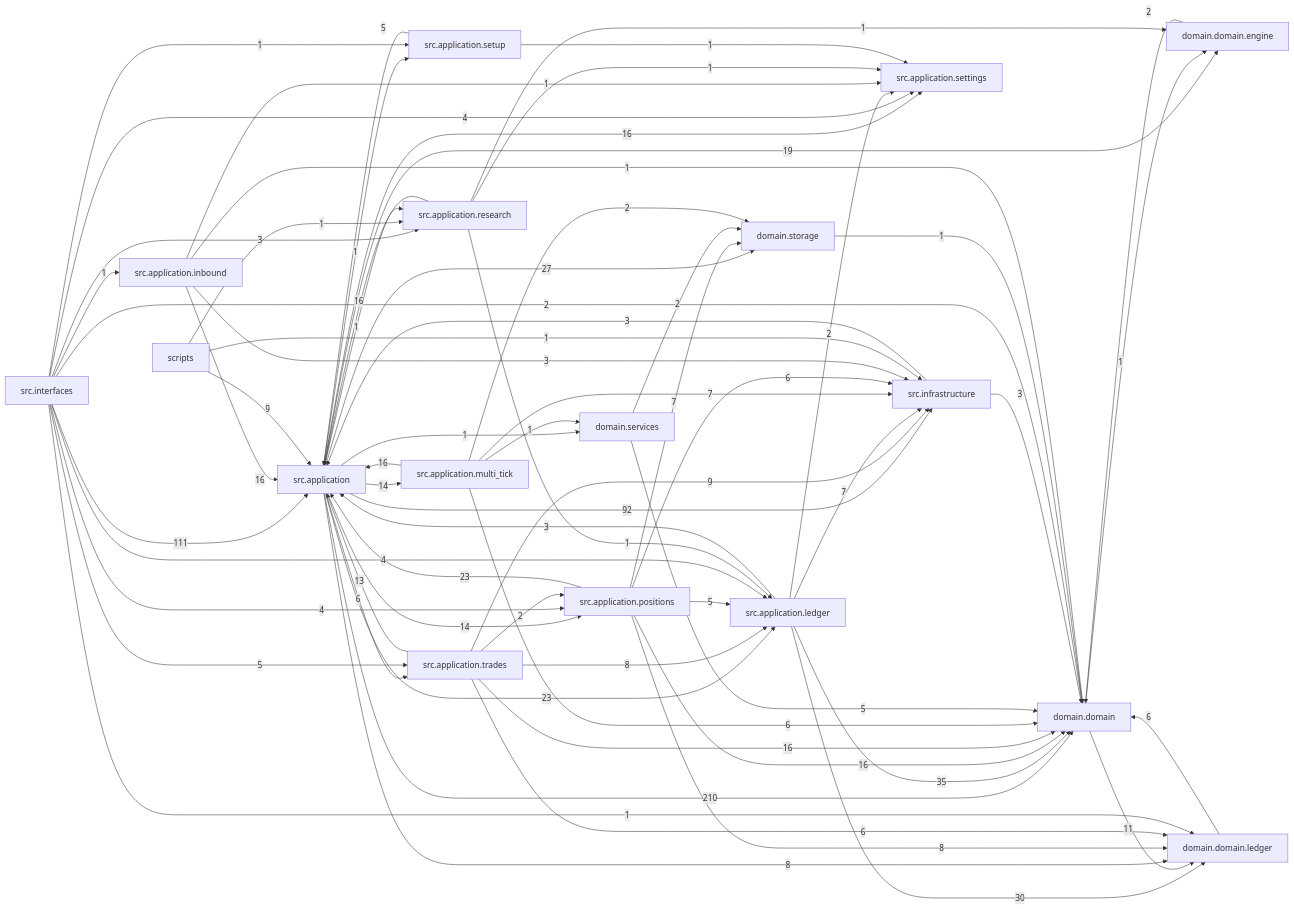
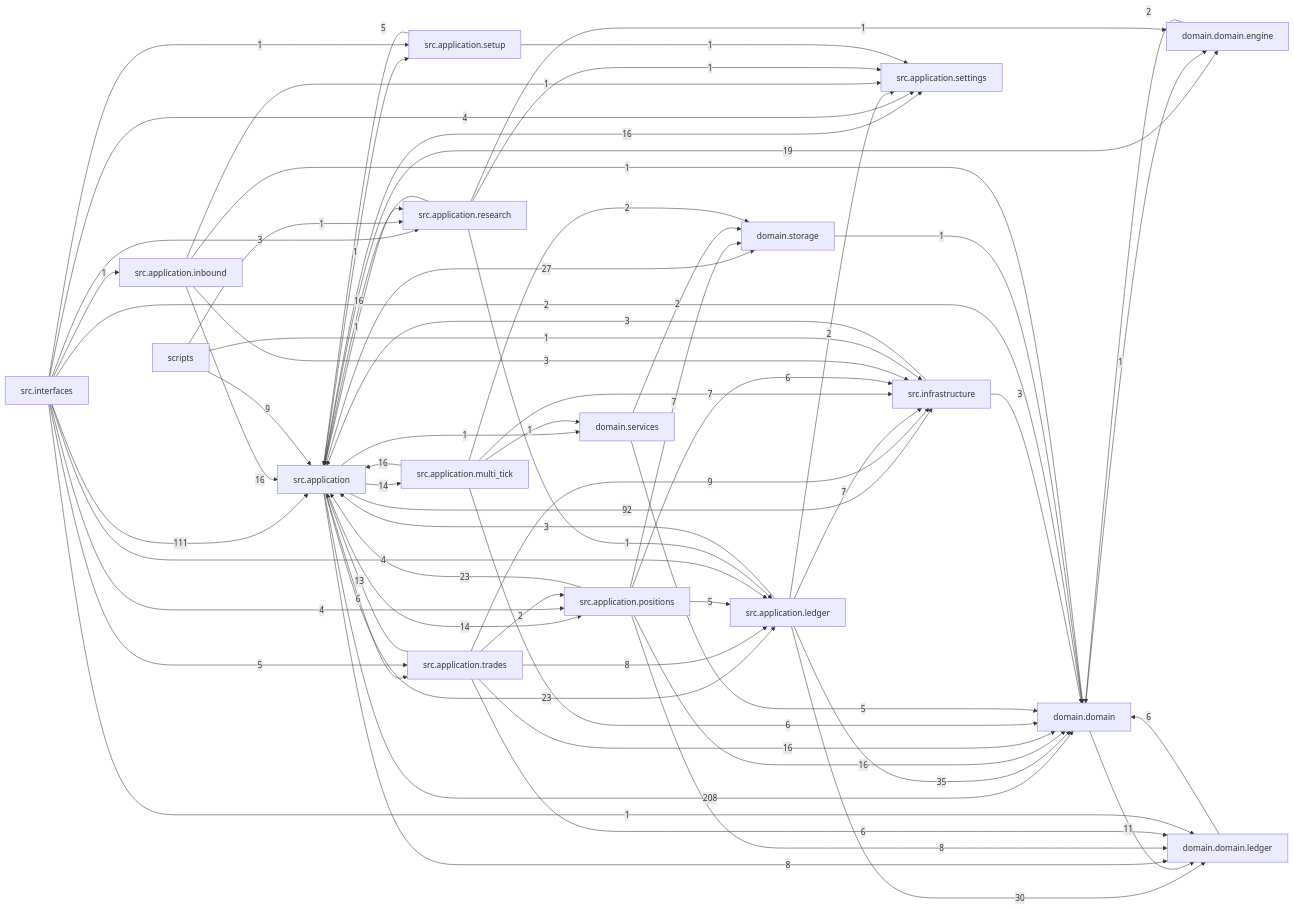
The diagram in docs/dependency_graph.mmd (liuxie066/options-monitor), drawn with Mermaid before and after one commit. The commit also changed 52 other files, not shown here.

```diff
--- a/docs/dependency_graph.mmd
+++ b/docs/dependency_graph.mmd
@@ -1,68 +1,68 @@
 flowchart LR
-  src_application["src.application"] -->|210| domain_domain["domain.domain"]
+  src_application["src.application"] -->|208| domain_domain["domain.domain"]
   src_interfaces["src.interfaces"] -->|111| src_application["src.application"]
   src_application["src.application"] -->|92| src_infrastructure["src.infrastructure"]
   src_application_ledger["src.application.ledger"] -->|35| domain_domain["domain.domain"]
   src_application_ledger["src.application.ledger"] -->|30| domain_domain_ledger["domain.domain.ledger"]
   src_application["src.application"] -->|27| domain_storage["domain.storage"]
   src_application["src.application"] -->|23| src_application_ledger["src.application.ledger"]
   src_application_positions["src.application.positions"] -->|23| src_application["src.application"]
   src_application["src.application"] -->|19| domain_domain_engine["domain.domain.engine"]
   src_application["src.application"] -->|16| src_application_settings["src.application.settings"]
   src_application_inbound["src.application.inbound"] -->|16| src_application["src.application"]
   src_application_multi_tick["src.application.multi_tick"] -->|16| src_application["src.application"]
   src_application_positions["src.application.positions"] -->|16| domain_domain["domain.domain"]
   src_application_research["src.application.research"] -->|16| src_application["src.application"]
   src_application_trades["src.application.trades"] -->|16| domain_domain["domain.domain"]
   src_application["src.application"] -->|14| src_application_multi_tick["src.application.multi_tick"]
   src_application["src.application"] -->|14| src_application_positions["src.application.positions"]
   src_application_trades["src.application.trades"] -->|13| src_application["src.application"]
   domain_domain["domain.domain"] -->|11| domain_domain_ledger["domain.domain.ledger"]
   scripts["scripts"] -->|9| src_application["src.application"]
   src_application_trades["src.application.trades"] -->|9| src_infrastructure["src.infrastructure"]
   src_application["src.application"] -->|8| domain_domain_ledger["domain.domain.ledger"]
   src_application_positions["src.application.positions"] -->|8| domain_domain_ledger["domain.domain.ledger"]
   src_application_trades["src.application.trades"] -->|8| src_application_ledger["src.application.ledger"]
   src_application_ledger["src.application.ledger"] -->|7| src_infrastructure["src.infrastructure"]
   src_application_multi_tick["src.application.multi_tick"] -->|7| src_infrastructure["src.infrastructure"]
   src_application_positions["src.application.positions"] -->|7| domain_storage["domain.storage"]
   domain_domain_ledger["domain.domain.ledger"] -->|6| domain_domain["domain.domain"]
   src_application["src.application"] -->|6| src_application_trades["src.application.trades"]
   src_application_multi_tick["src.application.multi_tick"] -->|6| domain_domain["domain.domain"]
   src_application_positions["src.application.positions"] -->|6| src_infrastructure["src.infrastructure"]
   src_application_trades["src.application.trades"] -->|6| domain_domain_ledger["domain.domain.ledger"]
   domain_services["domain.services"] -->|5| domain_domain["domain.domain"]
   src_application_positions["src.application.positions"] -->|5| src_application_ledger["src.application.ledger"]
   src_application_setup["src.application.setup"] -->|5| src_application["src.application"]
   src_interfaces["src.interfaces"] -->|5| src_application_trades["src.application.trades"]
   src_interfaces["src.interfaces"] -->|4| src_application_ledger["src.application.ledger"]
   src_interfaces["src.interfaces"] -->|4| src_application_positions["src.application.positions"]
   src_interfaces["src.interfaces"] -->|4| src_application_settings["src.application.settings"]
   src_application_inbound["src.application.inbound"] -->|3| src_infrastructure["src.infrastructure"]
   src_application_ledger["src.application.ledger"] -->|3| src_application["src.application"]
   src_infrastructure["src.infrastructure"] -->|3| domain_domain["domain.domain"]
   src_infrastructure["src.infrastructure"] -->|3| src_application["src.application"]
   src_interfaces["src.interfaces"] -->|3| src_application_research["src.application.research"]
   domain_domain_engine["domain.domain.engine"] -->|2| domain_domain["domain.domain"]
   domain_services["domain.services"] -->|2| domain_storage["domain.storage"]
   src_application_ledger["src.application.ledger"] -->|2| src_application_settings["src.application.settings"]
   src_application_multi_tick["src.application.multi_tick"] -->|2| domain_storage["domain.storage"]
   src_application_trades["src.application.trades"] -->|2| src_application_positions["src.application.positions"]
   src_interfaces["src.interfaces"] -->|2| domain_domain["domain.domain"]
   domain_domain["domain.domain"] -->|1| domain_domain_engine["domain.domain.engine"]
   domain_storage["domain.storage"] -->|1| domain_domain["domain.domain"]
   scripts["scripts"] -->|1| src_application_research["src.application.research"]
   scripts["scripts"] -->|1| src_infrastructure["src.infrastructure"]
   src_application["src.application"] -->|1| domain_services["domain.services"]
   src_application["src.application"] -->|1| src_application_research["src.application.research"]
   src_application["src.application"] -->|1| src_application_setup["src.application.setup"]
   src_application_inbound["src.application.inbound"] -->|1| domain_domain["domain.domain"]
   src_application_inbound["src.application.inbound"] -->|1| src_application_settings["src.application.settings"]
   src_application_multi_tick["src.application.multi_tick"] -->|1| domain_services["domain.services"]
   src_application_research["src.application.research"] -->|1| domain_domain_engine["domain.domain.engine"]
   src_application_research["src.application.research"] -->|1| src_application_ledger["src.application.ledger"]
   src_application_research["src.application.research"] -->|1| src_application_settings["src.application.settings"]
   src_application_setup["src.application.setup"] -->|1| src_application_settings["src.application.settings"]
   src_interfaces["src.interfaces"] -->|1| domain_domain_ledger["domain.domain.ledger"]
   src_interfaces["src.interfaces"] -->|1| src_application_inbound["src.application.inbound"]
   src_interfaces["src.interfaces"] -->|1| src_application_setup["src.application.setup"]
```
